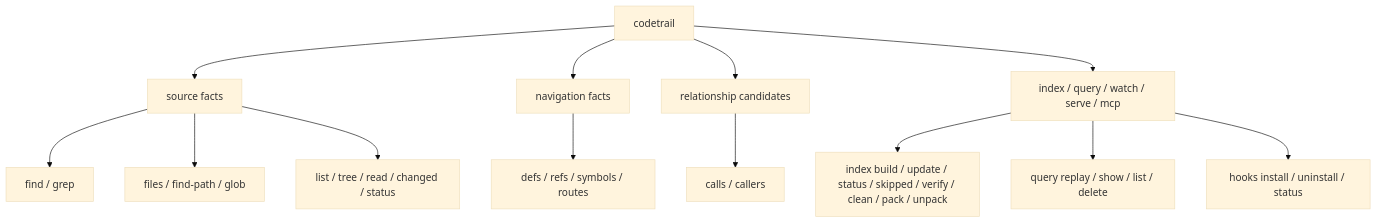
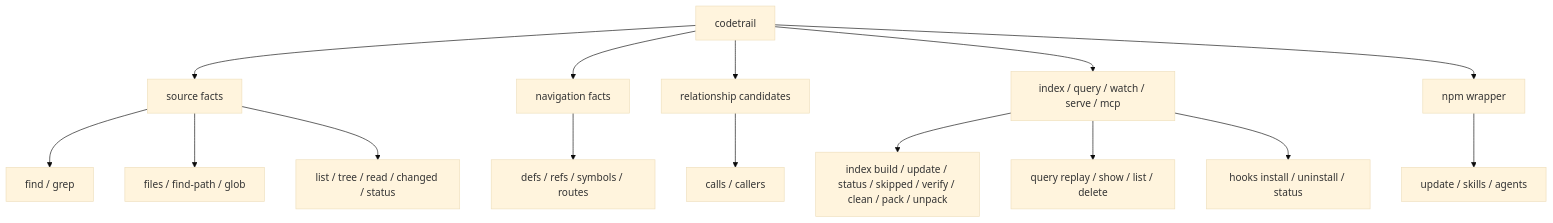
Before and after one commit to mars167/CodeTrail: the first of 2 diagrams in docs/02-command-contract.md, drawn with Mermaid (base theme). The commit also changed other lines of this file and 52 other files, not shown here.

````diff
--- a/docs/02-command-contract.md
+++ b/docs/02-command-contract.md
@@ -7,16 +7,18 @@
 ```mermaid
 flowchart TB
   CS["codetrail"] --> L0["source facts"]
   CS --> L1["navigation facts"]
   CS --> L2["relationship candidates"]
   CS --> Ops["index / query / watch / serve / mcp"]
+  CS --> Wrapper["npm wrapper"]
 
   L0 --> Search["find / grep"]
   L0 --> Paths["files / find-path / glob"]
   L0 --> Read["list / tree / read / changed / status"]
   L1 --> Nav["defs / refs / symbols / routes"]
   L2 --> Calls["calls / callers"]
   Ops --> Index["index build / update / status / skipped / verify / clean / pack / unpack"]
   Ops --> Query["query replay / show / list / delete"]
   Ops --> Hooks["hooks install / uninstall / status"]
+  Wrapper --> WrapperCmds["update / skills / agents"]
 ```
````
